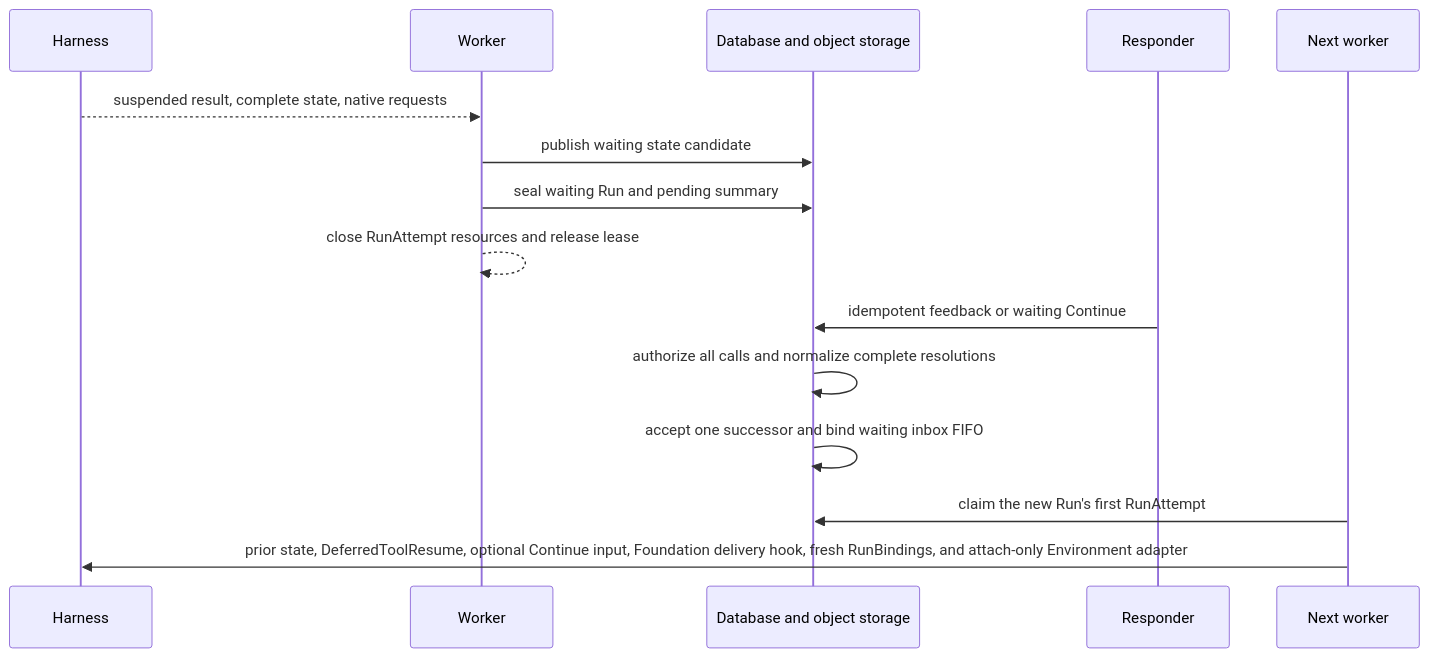
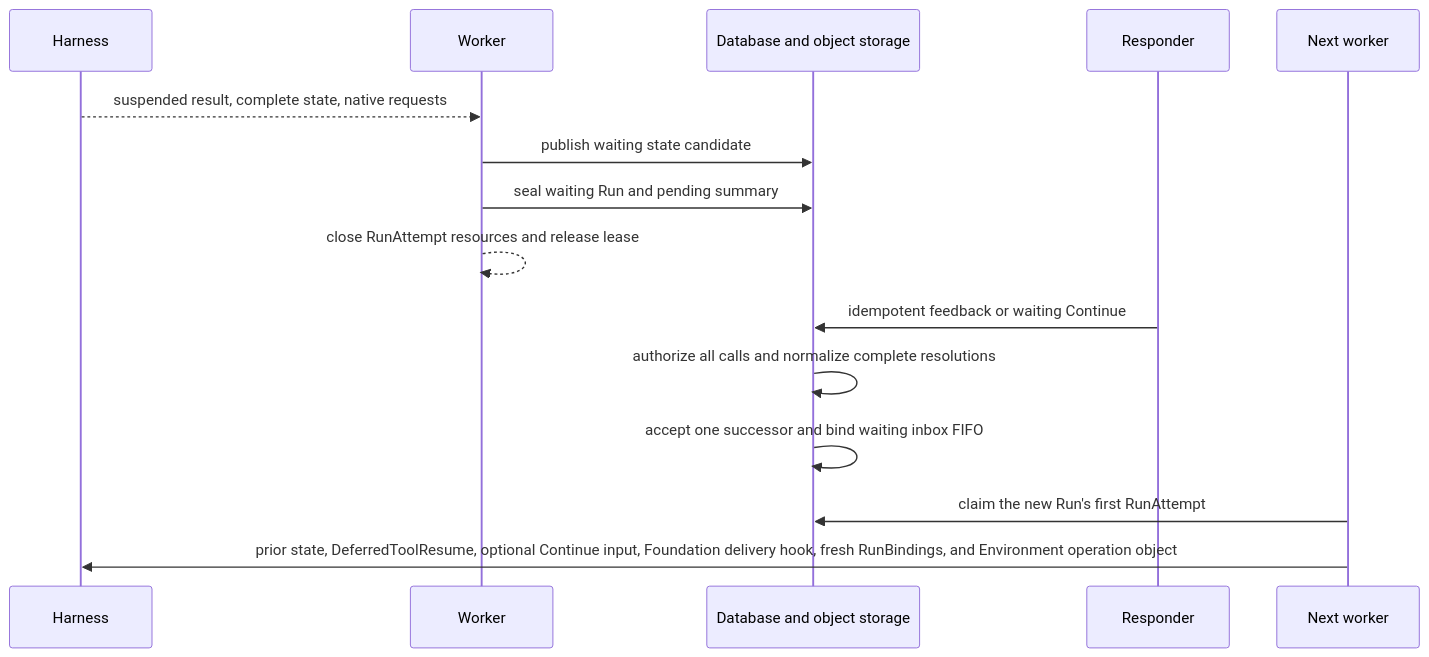
The second of 2 diagrams in spec/foundation-service/18-agent-control-input-and-continuation.md (LTThreeComma/agent-foundation), drawn with Mermaid before and after one commit. The commit also changed other lines of this file and 33 other files, not shown here.

````diff
--- a/spec/foundation-service/18-agent-control-input-and-continuation.md
+++ b/spec/foundation-service/18-agent-control-input-and-continuation.md
@@ -332,18 +333,18 @@
 ```mermaid
 sequenceDiagram
     participant Harness
     participant Worker
     participant Durable as Database and object storage
     participant Responder
     participant NextWorker as Next worker
 
     Harness-->>Worker: suspended result, complete state, native requests
     Worker->>Durable: publish waiting state candidate
     Worker->>Durable: seal waiting Run and pending summary
     Worker-->>Worker: close RunAttempt resources and release lease
     Responder->>Durable: idempotent feedback or waiting Continue
     Durable->>Durable: authorize all calls and normalize complete resolutions
     Durable->>Durable: accept one successor and bind waiting inbox FIFO
     NextWorker->>Durable: claim the new Run's first RunAttempt
-    NextWorker->>Harness: prior state, DeferredToolResume, optional Continue input, Foundation delivery hook, fresh RunBindings, and attach-only Environment adapter
+    NextWorker->>Harness: prior state, DeferredToolResume, optional Continue input, Foundation delivery hook, fresh RunBindings, and Environment operation object
 ```
````
